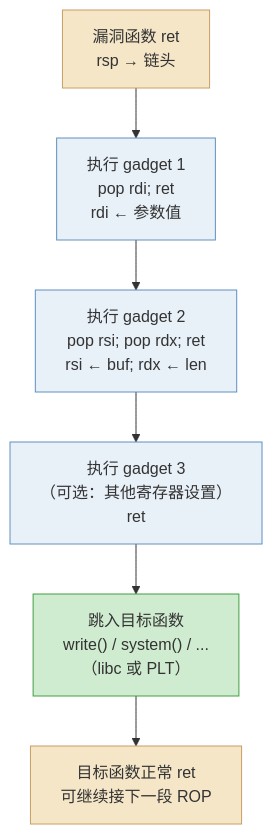
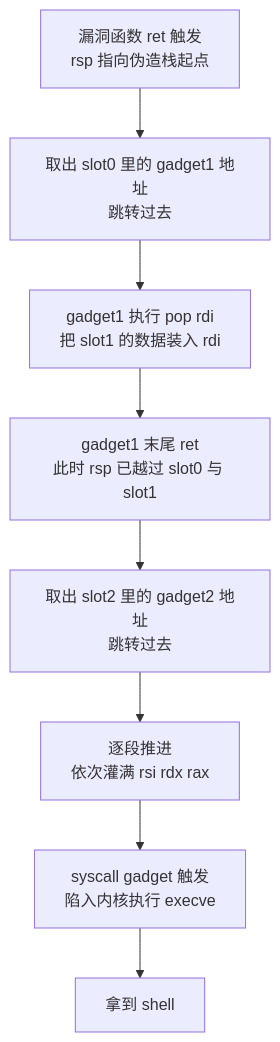
Before and after one commit to GeeseHoward1983/Knowledges: the first of 3 diagrams in 33.二进制漏洞与利用基础/06.ROP入门.md, drawn with Mermaid. The commit also changed other lines of this file and 15 other files, not shown here.

````diff
--- a/33.二进制漏洞与利用基础/06.ROP入门.md
+++ b/33.二进制漏洞与利用基础/06.ROP入门.md
@@ -110,15 +44,10 @@
 ```mermaid
-graph TD
-    A["漏洞函数 ret<br/>rsp → 链头"] --> B["执行 gadget 1<br/>pop rdi; ret<br/>rdi ← 参数值"]
-    B --> C["执行 gadget 2<br/>pop rsi; pop rdx; ret<br/>rsi ← buf; rdx ← len"]
-    C --> D["执行 gadget 3<br/>（可选：其他寄存器设置）<br/>ret"]
-    D --> E["跳入目标函数<br/>write() / system() / ...<br/>（libc 或 PLT）"]
-    E --> F["目标函数正常 ret<br/>可继续接下一段 ROP"]
-
-    style A fill:#f5e6c8,stroke:#c8a060
-    style B fill:#e8f0f8,stroke:#6090c0
-    style C fill:#e8f0f8,stroke:#6090c0
-    style D fill:#e8f0f8,stroke:#6090c0
-    style E fill:#d0ecd0,stroke:#40a040
-    style F fill:#f5e6c8,stroke:#c8a060
+flowchart TD
+    A["漏洞函数 ret 触发<br/>rsp 指向伪造栈起点"] --> B["取出 slot0 里的 gadget1 地址<br/>跳转过去"]
+    B --> C["gadget1 执行 pop rdi<br/>把 slot1 的数据装入 rdi"]
+    C --> D["gadget1 末尾 ret<br/>此时 rsp 已越过 slot0 与 slot1"]
+    D --> E["取出 slot2 里的 gadget2 地址<br/>跳转过去"]
+    E --> F["逐段推进<br/>依次灌满 rsi rdx rax"]
+    F --> G["syscall gadget 触发<br/>陷入内核执行 execve"]
+    G --> H["拿到 shell"]
 ```
````
